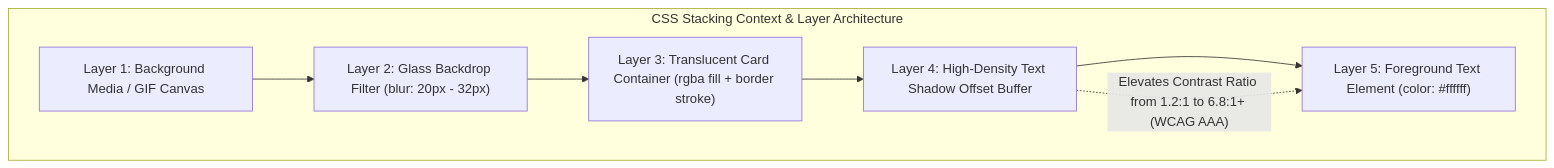
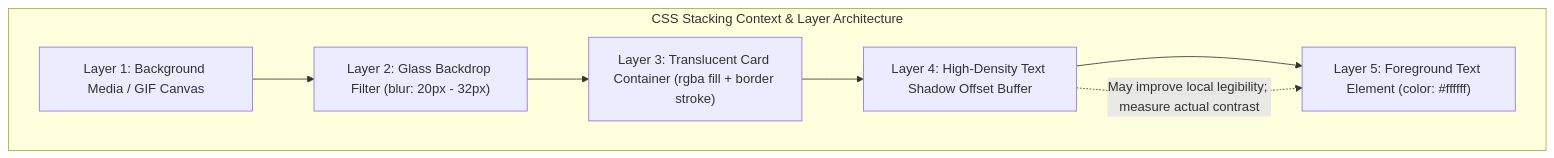
One commit to jadesolju/Snippet-Studio changed the fourth of 7 diagrams in RUBII_CODE_STUDY_AND_ARCHITECTURE_RESEARCH.md. Above: the diagram before and after it, drawn with Mermaid. The commit also changed other lines of this file and 8 other files, not shown here.

````diff
--- a/RUBII_CODE_STUDY_AND_ARCHITECTURE_RESEARCH.md
+++ b/RUBII_CODE_STUDY_AND_ARCHITECTURE_RESEARCH.md
@@ -207,13 +205,13 @@
 ```mermaid
 flowchart TD
     subgraph StackingContext["CSS Stacking Context & Layer Architecture"]
         L1["Layer 1: Background Media / GIF Canvas"]
         L2["Layer 2: Glass Backdrop Filter (blur: 20px - 32px)"]
         L3["Layer 3: Translucent Card Container (rgba fill + border stroke)"]
         L4["Layer 4: High-Density Text Shadow Offset Buffer"]
         L5["Layer 5: Foreground Text Element (color: #ffffff)"]
     end
 
     L1 --> L2 --> L3 --> L4 --> L5
-    L4 -.->|"Elevates Contrast Ratio from 1.2:1 to 6.8:1+ (WCAG AAA)"| L5
+    L4 -.->|"May improve local legibility; measure actual contrast"| L5
 ```
````
